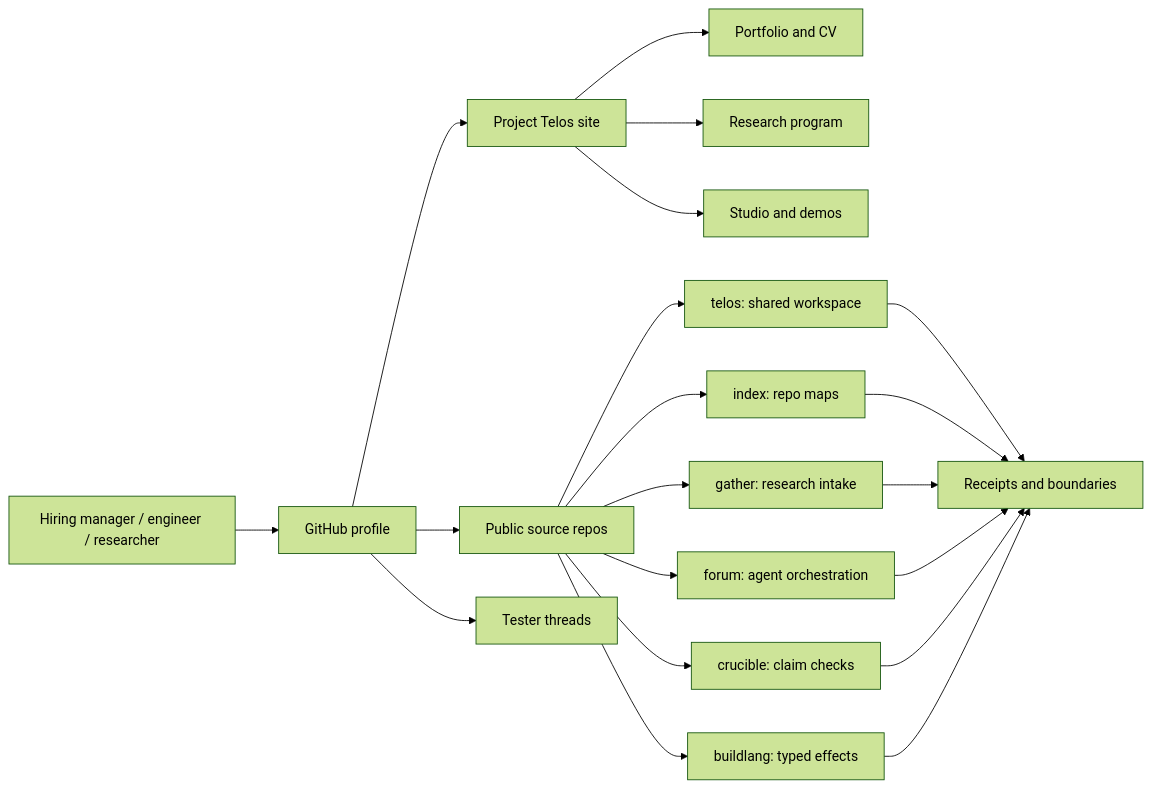
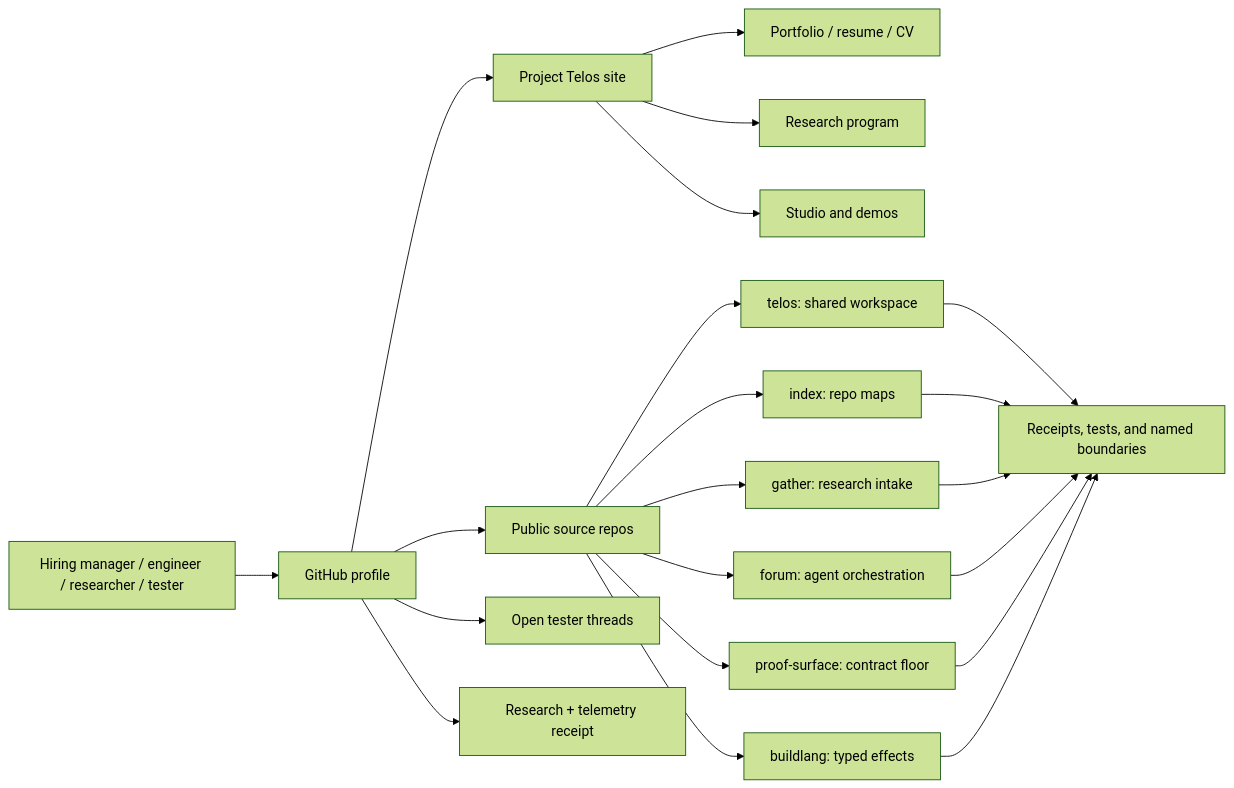
Before and after one commit to HarperZ9/HarperZ9: the first of 2 diagrams in README.md, drawn with Mermaid (forest theme). The commit also changed other lines of this file and 6 other files, not shown here.

Commit message:
docs: rebuild profile as flagship surface

````diff
--- a/README.md
+++ b/README.md
@@ -161,25 +203,26 @@
 ```mermaid
 flowchart LR
-    visitor["Hiring manager / engineer / researcher"] --> profile["GitHub profile"]
+    visitor["Hiring manager / engineer / researcher / tester"] --> profile["GitHub profile"]
     profile --> site["Project Telos site"]
     profile --> source["Public source repos"]
-    profile --> tests["Tester threads"]
+    profile --> threads["Open tester threads"]
+    profile --> receipt["Research + telemetry receipt"]
 
-    site --> portfolio["Portfolio and CV"]
+    site --> portfolio["Portfolio / resume / CV"]
     site --> research["Research program"]
     site --> studio["Studio and demos"]
 
     source --> telos["telos: shared workspace"]
     source --> index["index: repo maps"]
     source --> gather["gather: research intake"]
     source --> forum["forum: agent orchestration"]
-    source --> crucible["crucible: claim checks"]
+    source --> proof["proof-surface: contract floor"]
     source --> buildlang["buildlang: typed effects"]
 
-    telos --> receipt["Receipts and boundaries"]
-    index --> receipt
-    gather --> receipt
-    forum --> receipt
-    crucible --> receipt
-    buildlang --> receipt
+    telos --> checked["Receipts, tests, and named boundaries"]
+    index --> checked
+    gather --> checked
+    forum --> checked
+    proof --> checked
+    buildlang --> checked
 ```
````
